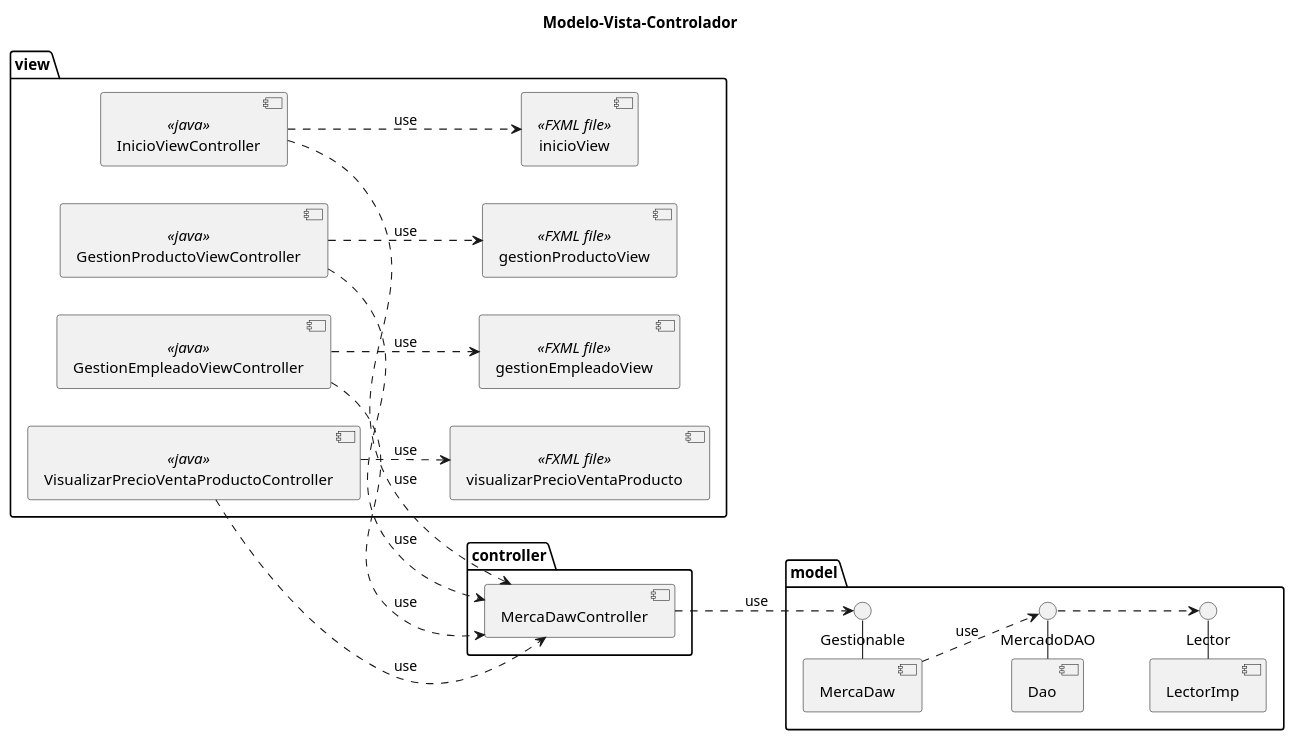
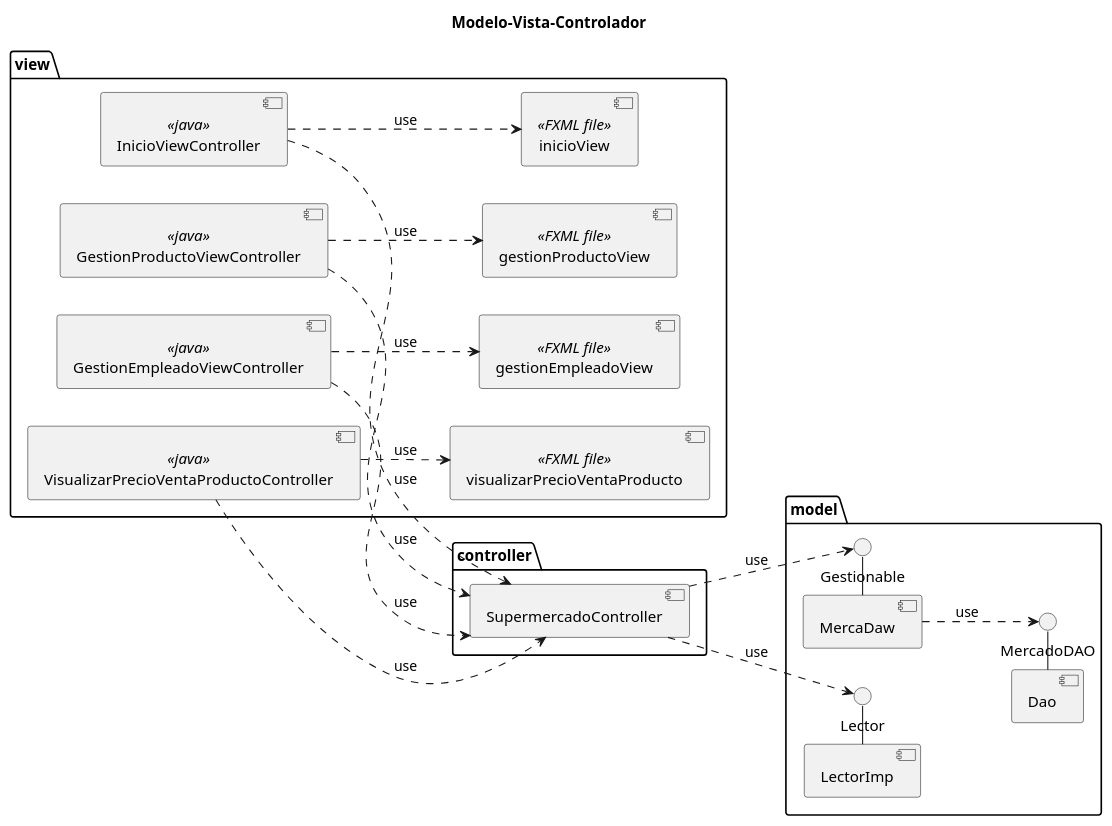
One commit to Edsonbs/MercaDAW changed the diagram in design/DiagramaComponentes.pu. Above: the diagram before and after it, drawn with PlantUML. The commit also changed 11 other files, not shown here.

```diff
--- a/design/DiagramaComponentes.pu
+++ b/design/DiagramaComponentes.pu
@@ -1,50 +1,51 @@
 @startuml Modelo-Vista-Controlador
 title Modelo-Vista-Controlador
 left to right direction
 package view{
     component InicioViewController <<java>> as inicioController
     component GestionProductoViewController <<java>> as gestionProdController
     component GestionEmpleadoViewController <<java>> as gestionEmpController
     component VisualizarPrecioVentaProductoController <<java>> as visualizarPrecioVentaProdController
 
     component inicioView <<FXML file>> as inicioView
     component gestionProductoView <<FXML file>> as gestionProdView
     component gestionEmpleadoView <<FXML file>> as gestionEmpView
     component visualizarPrecioVentaProducto <<FXML file>> as visualizarPrecioVentaProdView
 }
 
 package controller{
-    component MercaDawController as mdc
+    component SupermercadoController as mdc
 }
 
 package model{
     component MercaDaw
     component Dao 
     component LectorImp
 
     () "MercadoDAO" as dao
     () "Gestionable" as gestion
     () "Lector" as lectorif
 
     MercaDaw -() gestion
     Dao -() dao
     LectorImp -() lectorif
 
 }
 
 mdc ..> gestion : use
 MercaDaw ..> dao : use
+mdc ..> lectorif: use
 
     inicioController ..> inicioView: use
     gestionProdController ..> gestionProdView: use
     gestionEmpController ..> gestionEmpView: use
     visualizarPrecioVentaProdController ..> visualizarPrecioVentaProdView: use
 
     visualizarPrecioVentaProdController ..> mdc:use
     gestionProdController ..> mdc: use
     gestionEmpController ..> mdc: use
     inicioController ..> mdc: use
 
-dao ..> lectorif
+
 
 @enduml
```
